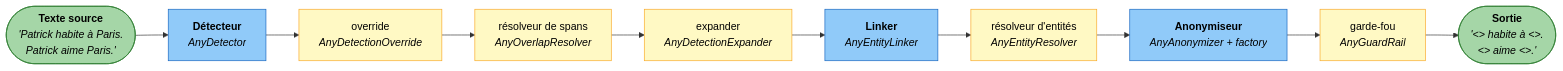
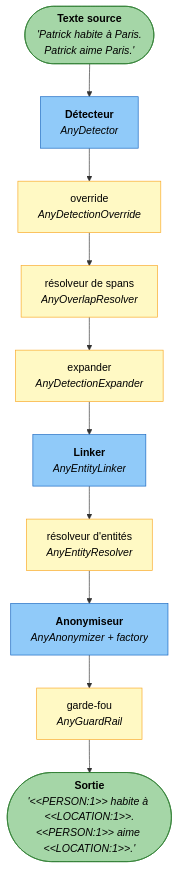
One commit to Athroniaeth/piighost changed the second of 4 diagrams in docs/fr/architecture.md. Above: the diagram before and after it, drawn with Mermaid. The commit also changed other lines of this file and 7 other files, not shown here.

First line of the commit message:
docs: smaller diagrams, one note per protection, an airier placeholder page

````diff
--- a/docs/fr/architecture.md
+++ b/docs/fr/architecture.md
@@ -119,33 +101,33 @@
 ```mermaid
-flowchart LR
+flowchart TB
     classDef req fill:#90CAF9,stroke:#1565C0,color:#000
     classDef opt fill:#FFF9C4,stroke:#F9A825,color:#000
     classDef data fill:#A5D6A7,stroke:#2E7D32,color:#000
 
     IN(["`**Texte source**
     _'Patrick habite à Paris.
     Patrick aime Paris.'_`"]):::data
 
     DET["`**Détecteur**
     _AnyDetector_`"]:::req
     OVR["`override
     _AnyDetectionOverride_`"]:::opt
     OVL["`résolveur de spans
     _AnyOverlapResolver_`"]:::opt
     EXP["`expander
     _AnyDetectionExpander_`"]:::opt
     LINK["`**Linker**
     _AnyEntityLinker_`"]:::req
     ENT["`résolveur d'entités
     _AnyEntityResolver_`"]:::opt
     ANON["`**Anonymiseur**
     _AnyAnonymizer + factory_`"]:::req
     GUARD["`garde-fou
     _AnyGuardRail_`"]:::opt
 
     OUT(["`**Sortie**
-    _'<<PERSON:1>> habite à <<LOCATION:1>>.
-    <<PERSON:1>> aime <<LOCATION:1>>.'_`"]):::data
+    _'#lt;#lt;PERSON:1#gt;#gt; habite à #lt;#lt;LOCATION:1#gt;#gt;.
+    #lt;#lt;PERSON:1#gt;#gt; aime #lt;#lt;LOCATION:1#gt;#gt;.'_`"]):::data
 
     IN --> DET --> OVR --> OVL --> EXP --> LINK --> ENT --> ANON --> GUARD --> OUT
 ```
````
